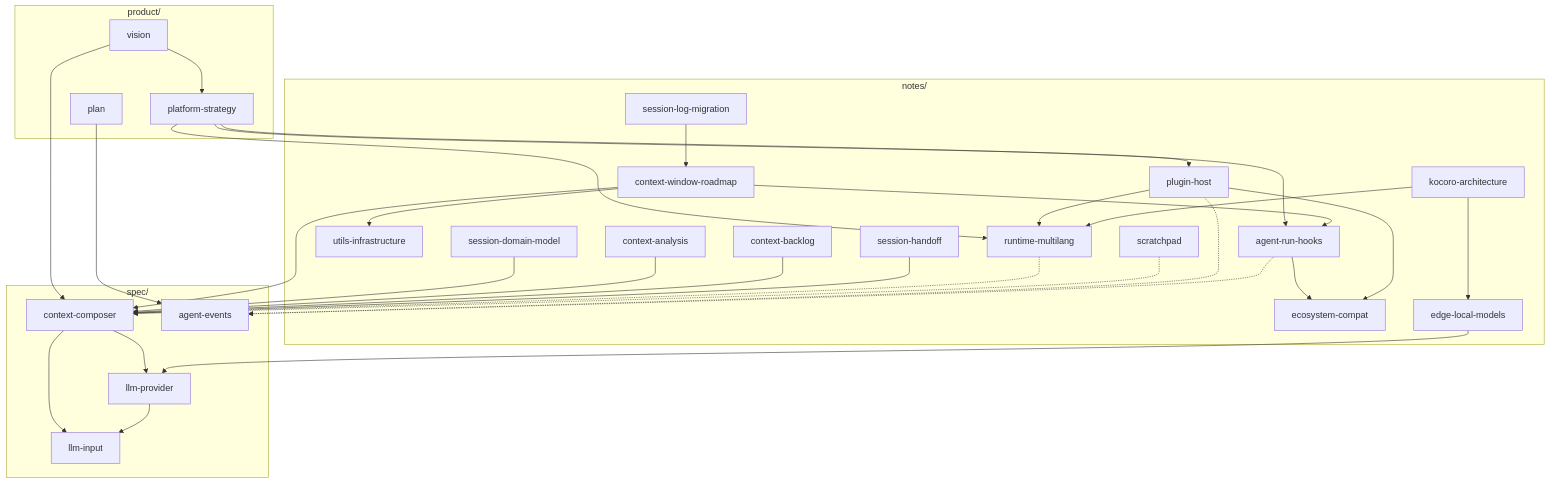
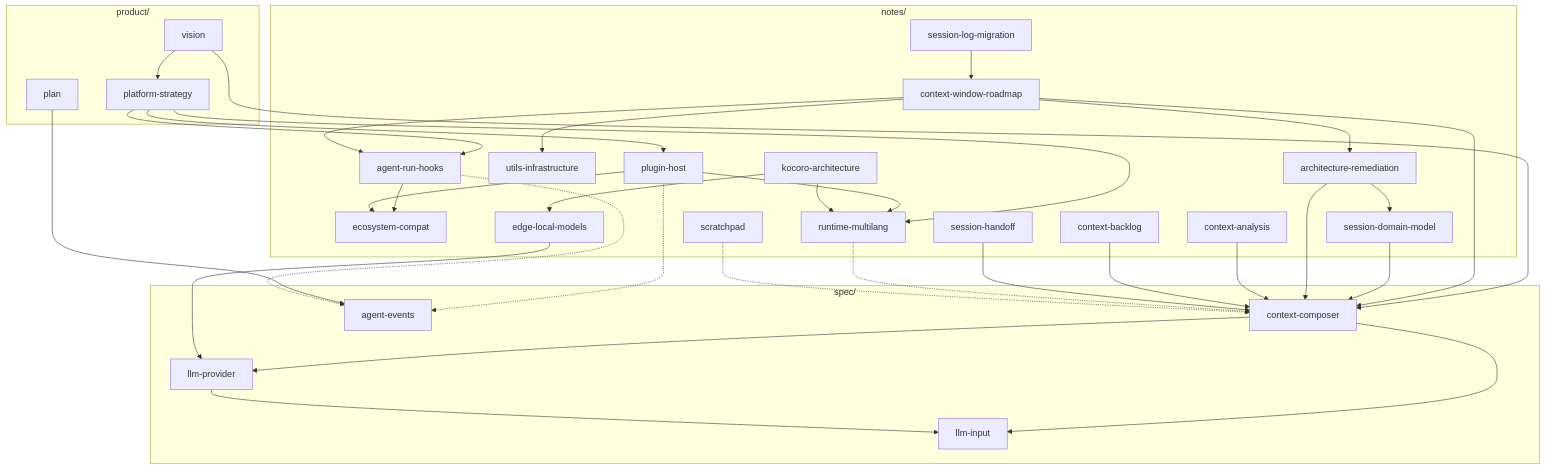
The diagram in docs/README.md (chendpoc/moontide), drawn with Mermaid before and after one commit. The commit also changed other lines of this file and 11 other files, not shown here.

First line of the commit message:
docs: agent.md §2 and architecture-remediation plan

````diff
--- a/docs/README.md
+++ b/docs/README.md
@@ -7,60 +7,64 @@
 ```mermaid
 flowchart TB
   subgraph product["product/"]
     V[vision]
     P[plan]
     PS[platform-strategy]
   end
 
   subgraph spec["spec/"]
     CC[context-composer]
     LP[llm-provider]
     LI[llm-input]
     AE[agent-events]
   end
 
   subgraph notes["notes/"]
     CWR[context-window-roadmap]
     AR[agent-run-hooks]
     UI[utils-infrastructure]
     EC[ecosystem-compat]
     CA[context-analysis]
     CB[context-backlog]
     SDM[session-domain-model]
     SLM[session-log-migration]
     EL[edge-local-models]
     KO[kocoro-architecture]
     SH[session-handoff]
     RM[runtime-multilang]
     PH[plugin-host]
     SP[scratchpad]
+    AFP[architecture-remediation]
   end
 
   V --> CC
   V --> PS
   PS --> RM
   PS --> AR
   AR --> EC
   PH --> EC
   PS --> PH
   PH --> RM
   PH -.-> AE
   P --> AE
   AR -.-> AE
   CWR --> UI
   CWR --> CC
   CWR --> AR
   SDM --> CC
+  AFP --> CC
+  AFP --> SDM
+  CWR --> AFP
   SLM --> CWR
   CC --> LP
   CC --> LI
   LP --> LI
   CA --> CC
   CB --> CC
   EL --> LP
   KO --> RM
   KO --> EL
   SH --> CC
   RM -.-> CC
   SP -.-> CC
 ```
````
